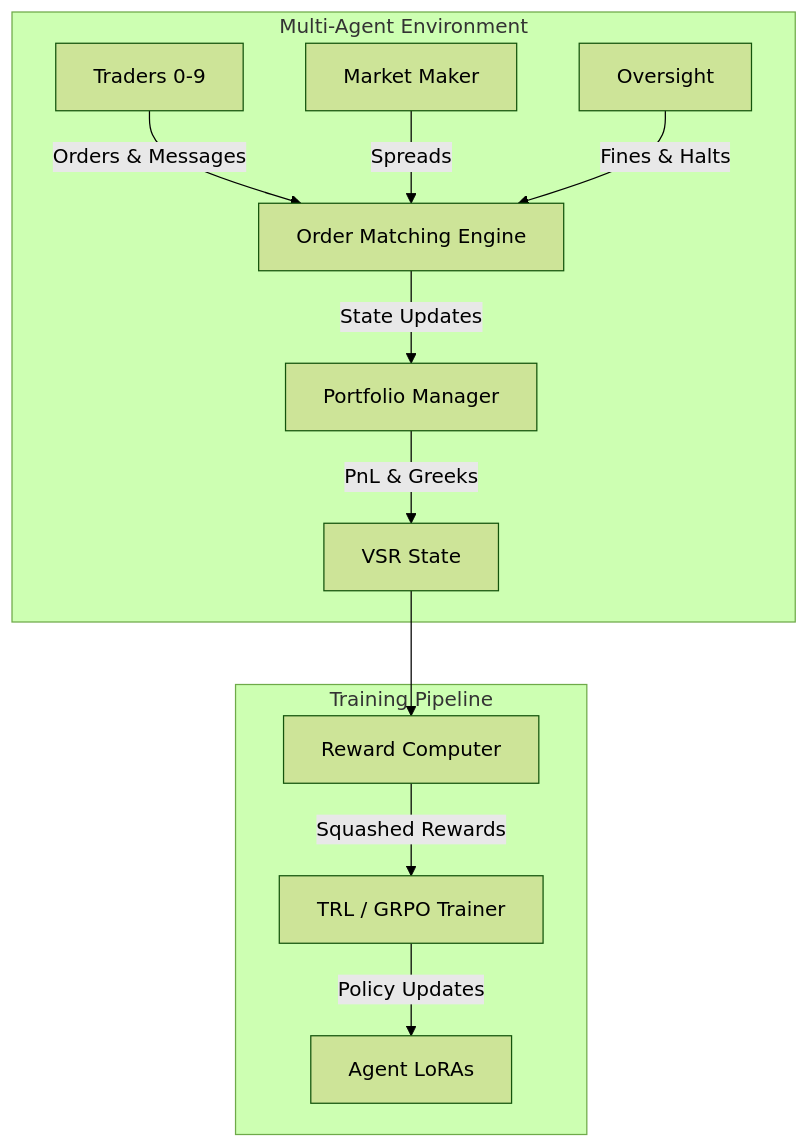
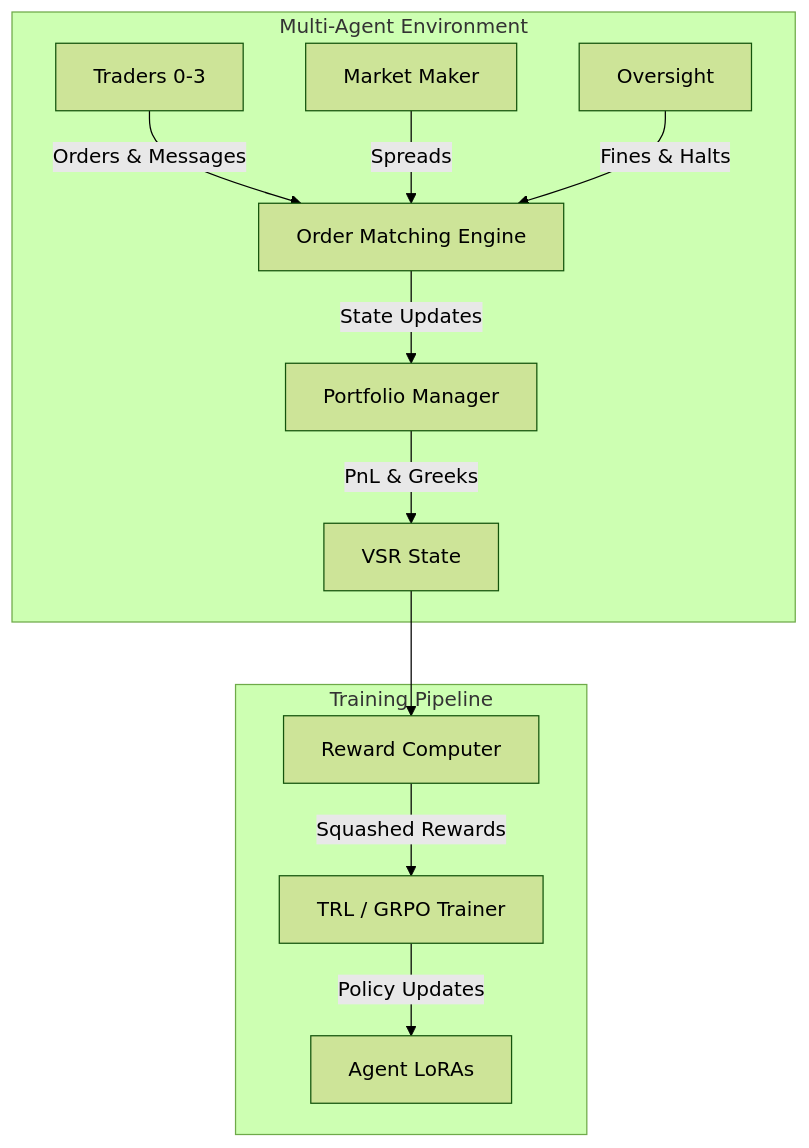
Before and after one commit to Rusheel86/Chaos-Economy: the first of 3 diagrams in README.md, drawn with Mermaid (forest theme). The commit also changed other lines of this file and 1 other file, not shown here.

````diff
--- a/README.md
+++ b/README.md
@@ -197,17 +196,17 @@
 ```mermaid
 flowchart TD
     subgraph Market_Environment [Multi-Agent Environment]
-        T["Traders 0-9"] -->|"Orders & Messages"| OME["Order Matching Engine"]
+        T["Traders 0-3"] -->|"Orders & Messages"| OME["Order Matching Engine"]
         MM["Market Maker"] -->|"Spreads"| OME
         SEC["Oversight"] -->|"Fines & Halts"| OME
         
         OME -->|"State Updates"| PM["Portfolio Manager"]
         PM -->|"PnL & Greeks"| State["VSR State"]
     end
     
     subgraph Training_Pipeline [Training Pipeline]
         State --> RC["Reward Computer"]
         RC -->|"Squashed Rewards"| GRPO["TRL / GRPO Trainer"]
         GRPO -->|"Policy Updates"| Models["Agent LoRAs"]
     end
 ```
````
